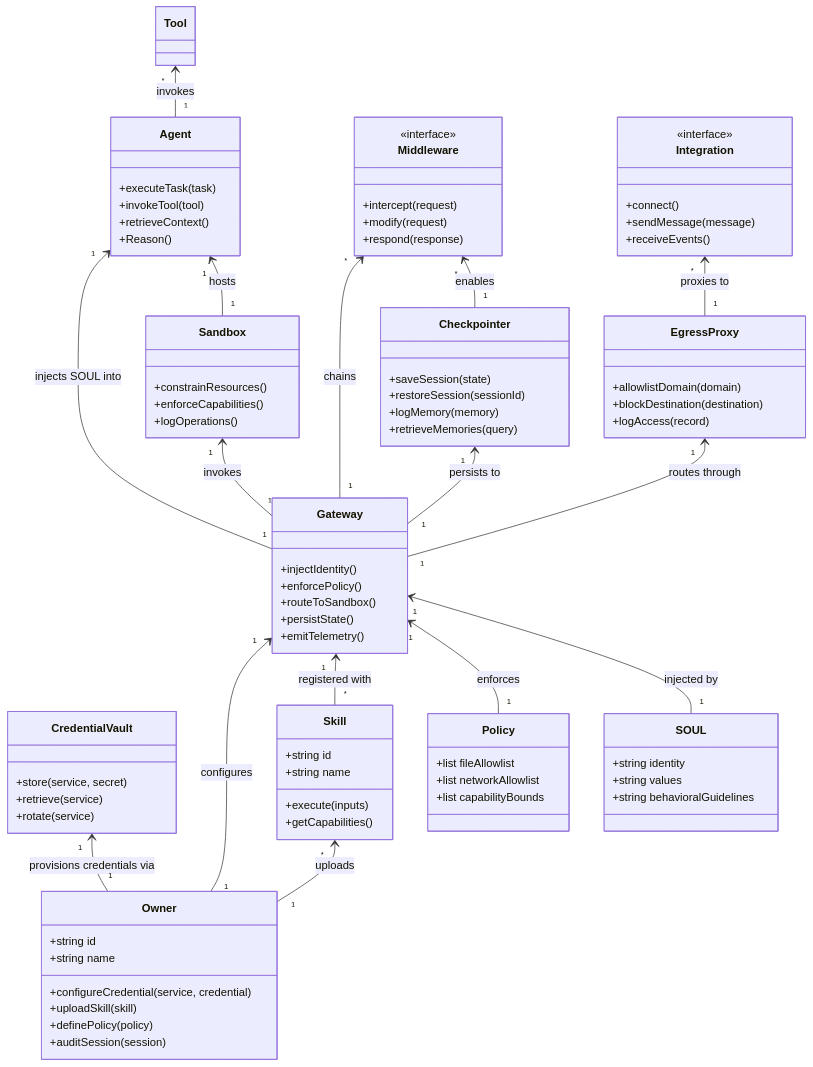
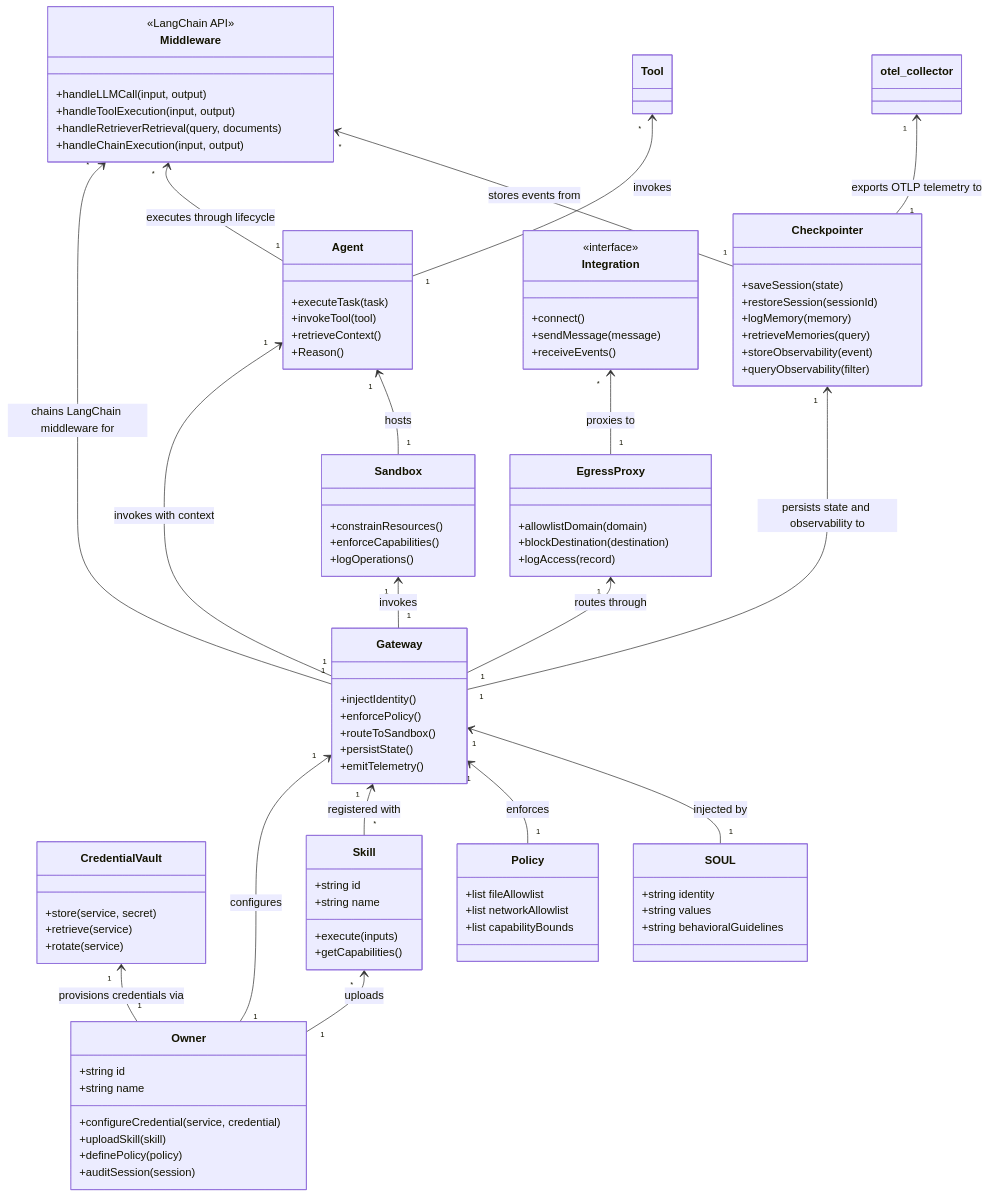
Before and after one commit to openkraken-ai/openkraken: the second of 2 diagrams in PRD.md, drawn with Mermaid. The commit also changed other lines of this file, not shown here.

First line of the commit message:
feat(prd): finalize PRD with owner-approved architectural decisions

```diff
--- a/PRD.md
+++ b/PRD.md
@@ -289,13 +296,16 @@
     +restoreSession(sessionId)
     +logMemory(memory)
     +retrieveMemories(query)
+    +storeObservability(event)
+    +queryObservability(filter)
   }
 
   class Middleware {
-    <<interface>>
-    +intercept(request)
-    +modify(request)
-    +respond(response)
+    <<LangChain API>>
+    +handleLLMCall(input, output)
+    +handleToolExecution(input, output)
+    +handleRetrieverRetrieval(query, documents)
+    +handleChainExecution(input, output)
   }
 
   class Skill {
@@ -327,14 +337,16 @@
   Owner "1" --> "1" Gateway : configures
   Owner "1" --> "1" CredentialVault : provisions credentials via
   Owner "1" --> "*" Skill : uploads
-  Gateway "1" --> "1" Agent : injects SOUL into
-  Gateway "1" --> "*" Middleware : chains
-  Gateway "1" --> "1" Checkpointer : persists to
+  Gateway "1" --> "1" Agent : invokes with context
+  Gateway "1" --> "*" Middleware : chains LangChain middleware for
+  Agent "1" --> "*" Middleware : executes through lifecycle
+  Gateway "1" --> "1" Checkpointer : persists state and observability to
   Gateway "1" --> "1" EgressProxy : routes through
   Gateway "1" --> "1" Sandbox : invokes
   Agent "1" --> "*" Tool : invokes
   Sandbox "1" --> "1" Agent : hosts
-  Checkpointer "1" --> "*" Middleware : enables
+  Checkpointer "1" --> "*" Middleware : stores events from
+  Checkpointer "1" --> "1" otel_collector : exports OTLP telemetry to
   EgressProxy "1" --> "*" Integration : proxies to
   Skill "*" --> "1" Gateway : registered with
   Policy "1" --> "1" Gateway : enforces
```
